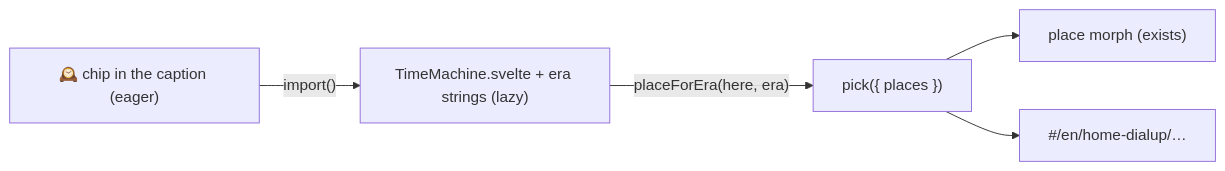
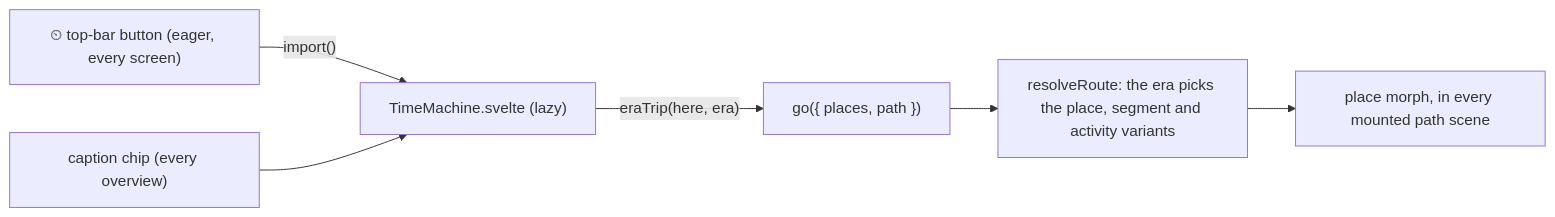
The diagram in docs/plans/59-time-machine.md (krombel/how-the-internet-works), drawn with Mermaid before and after one commit. The commit also changed other lines of this file and 1 other file, not shown here.

First line of the commit message:
Time machine plan v2: whole trips per era, prominent entry, era flavour (part of #59)

````diff
--- a/docs/plans/59-time-machine.md
+++ b/docs/plans/59-time-machine.md
@@ -38,7 +63,8 @@
 ```mermaid
 graph LR
-  Chip["🕰️ chip in the caption (eager)"] -- "import()" --> Panel["TimeMachine.svelte + era strings (lazy)"]
-  Panel -- "placeForEra(here, era)" --> Pick["pick({ places })"]
-  Pick --> Morph["place morph (exists)"]
-  Pick --> URL["#/en/home-dialup/…"]
+  Top["⏲ top-bar button (eager, every screen)"] -- "import()" --> Panel["TimeMachine.svelte (lazy)"]
+  Chip["caption chip (every overview)"] --> Panel
+  Panel -- "eraTrip(here, era)" --> Go["go({ places, path })"]
+  Go --> Resolve["resolveRoute: the era picks the place, segment and activity variants"]
+  Resolve --> Morph["place morph, in every mounted path scene"]
 ```
````
